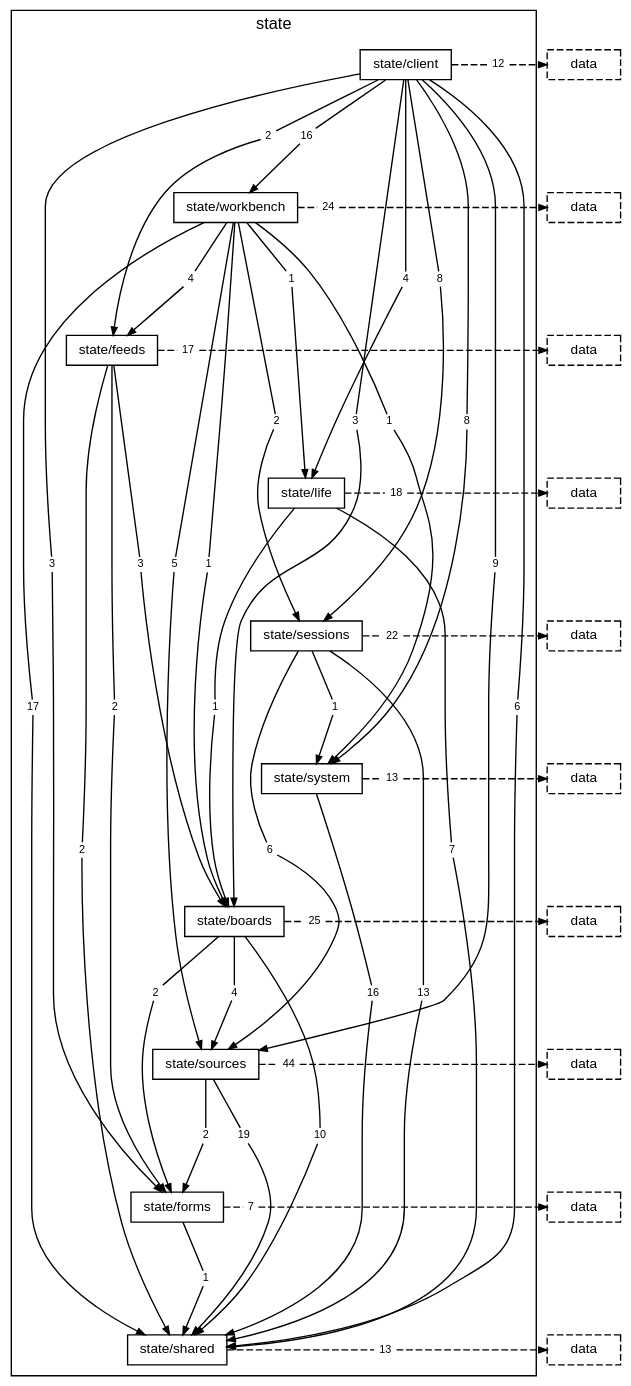
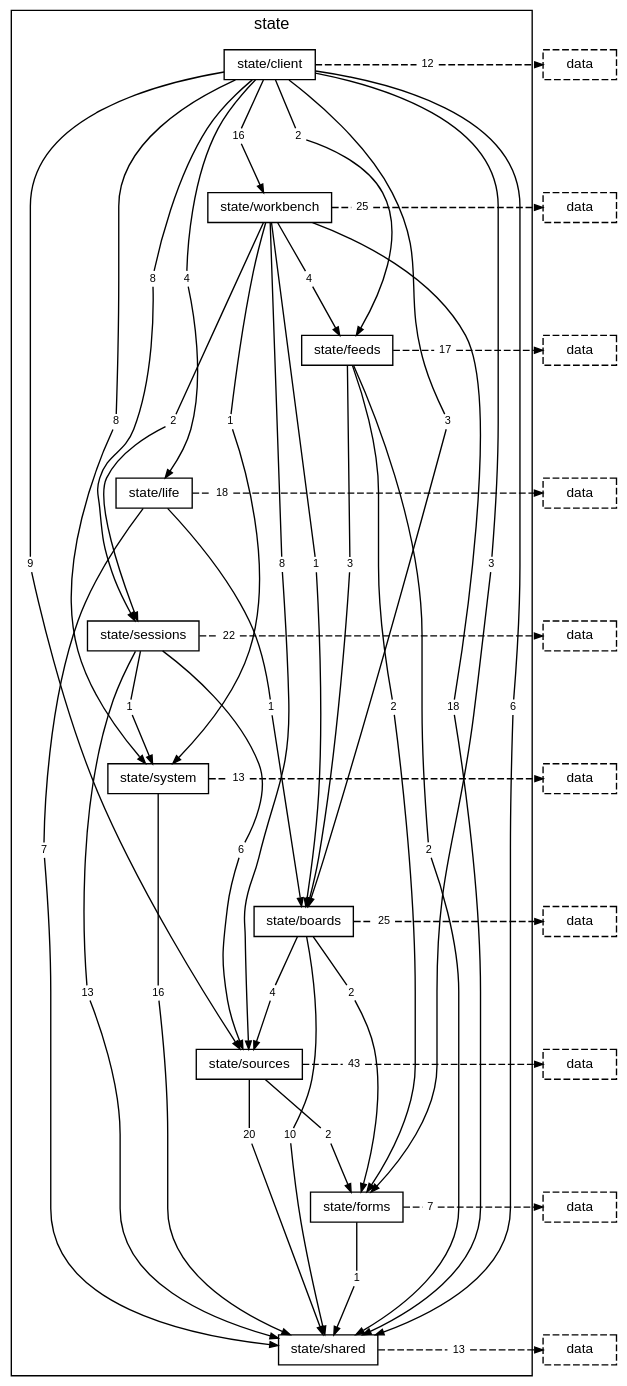
Before and after one commit to TheAxeC/oculus: the diagram in docs/diagrams/layer-state.dot, drawn with Graphviz. The commit also changed 169 other files, not shown here.

```diff
--- a/docs/diagrams/layer-state.dot
+++ b/docs/diagrams/layer-state.dot
@@ -1,5 +1,5 @@
 digraph layer_state {
-    graph [bgcolor="transparent", rankdir=TB, newrank=true, fontname="Helvetica,Arial,sans-serif", fontsize=12, nodesep=0.2, ranksep=0.5];
+    graph [bgcolor="transparent", rankdir=TB, newrank=true, mclimit=4, fontname="Helvetica,Arial,sans-serif", fontsize=12, nodesep=0.2, ranksep=0.5];
     node [shape=box, color="black", fontcolor="black", fontname="Helvetica,Arial,sans-serif", fontsize=10, height=0.3, margin="0.12,0.04"];
     edge [color="black", fontcolor="black", fontname="Helvetica,Arial,sans-serif", fontsize=8, arrowsize=0.6];
     subgraph "cluster_state" {
@@ -26,12 +26,11 @@
         "folder state/client to layer data" [label="12", shape=box, color="transparent", fontsize=8, width=0, height=0, margin="0.04,0.02"];
         "folder state/workbench to folder state/boards" [label="1", shape=box, color="transparent", fontsize=8, width=0, height=0, margin="0.04,0.02"];
         "folder state/workbench to folder state/feeds" [label="4", shape=box, color="transparent", fontsize=8, width=0, height=0, margin="0.04,0.02"];
-        "folder state/workbench to folder state/life" [label="1", shape=box, color="transparent", fontsize=8, width=0, height=0, margin="0.04,0.02"];
         "folder state/workbench to folder state/sessions" [label="2", shape=box, color="transparent", fontsize=8, width=0, height=0, margin="0.04,0.02"];
-        "folder state/workbench to folder state/shared" [label="17", shape=box, color="transparent", fontsize=8, width=0, height=0, margin="0.04,0.02"];
-        "folder state/workbench to folder state/sources" [label="5", shape=box, color="transparent", fontsize=8, width=0, height=0, margin="0.04,0.02"];
+        "folder state/workbench to folder state/shared" [label="18", shape=box, color="transparent", fontsize=8, width=0, height=0, margin="0.04,0.02"];
+        "folder state/workbench to folder state/sources" [label="8", shape=box, color="transparent", fontsize=8, width=0, height=0, margin="0.04,0.02"];
         "folder state/workbench to folder state/system" [label="1", shape=box, color="transparent", fontsize=8, width=0, height=0, margin="0.04,0.02"];
-        "folder state/workbench to layer data" [label="24", shape=box, color="transparent", fontsize=8, width=0, height=0, margin="0.04,0.02"];
+        "folder state/workbench to layer data" [label="25", shape=box, color="transparent", fontsize=8, width=0, height=0, margin="0.04,0.02"];
         "folder state/feeds to folder state/boards" [label="3", shape=box, color="transparent", fontsize=8, width=0, height=0, margin="0.04,0.02"];
         "folder state/feeds to folder state/forms" [label="2", shape=box, color="transparent", fontsize=8, width=0, height=0, margin="0.04,0.02"];
         "folder state/feeds to folder state/shared" [label="2", shape=box, color="transparent", fontsize=8, width=0, height=0, margin="0.04,0.02"];
@@ -50,8 +49,8 @@
         "folder state/boards to folder state/sources" [label="4", shape=box, color="transparent", fontsize=8, width=0, height=0, margin="0.04,0.02"];
         "folder state/boards to layer data" [label="25", shape=box, color="transparent", fontsize=8, width=0, height=0, margin="0.04,0.02"];
         "folder state/sources to folder state/forms" [label="2", shape=box, color="transparent", fontsize=8, width=0, height=0, margin="0.04,0.02"];
-        "folder state/sources to folder state/shared" [label="19", shape=box, color="transparent", fontsize=8, width=0, height=0, margin="0.04,0.02"];
-        "folder state/sources to layer data" [label="44", shape=box, color="transparent", fontsize=8, width=0, height=0, margin="0.04,0.02"];
+        "folder state/sources to folder state/shared" [label="20", shape=box, color="transparent", fontsize=8, width=0, height=0, margin="0.04,0.02"];
+        "folder state/sources to layer data" [label="43", shape=box, color="transparent", fontsize=8, width=0, height=0, margin="0.04,0.02"];
         "folder state/forms to folder state/shared" [label="1", shape=box, color="transparent", fontsize=8, width=0, height=0, margin="0.04,0.02"];
         "folder state/forms to layer data" [label="7", shape=box, color="transparent", fontsize=8, width=0, height=0, margin="0.04,0.02"];
         "folder state/shared to layer data" [label="13", shape=box, color="transparent", fontsize=8, width=0, height=0, margin="0.04,0.02"];
@@ -100,8 +99,6 @@
     "folder state/workbench to folder state/boards" -> "folder state/boards" [];
     "folder state/workbench" -> "folder state/workbench to folder state/feeds" [arrowhead=none, minlen=1, weight=10];
     "folder state/workbench to folder state/feeds" -> "folder state/feeds" [];
-    "folder state/workbench" -> "folder state/workbench to folder state/life" [arrowhead=none, minlen=1, weight=10];
-    "folder state/workbench to folder state/life" -> "folder state/life" [];
     "folder state/workbench" -> "folder state/workbench to folder state/sessions" [arrowhead=none, minlen=3, weight=10];
     "folder state/workbench to folder state/sessions" -> "folder state/sessions" [];
     "folder state/workbench" -> "folder state/workbench to folder state/shared" [arrowhead=none, minlen=7, weight=10];
```
